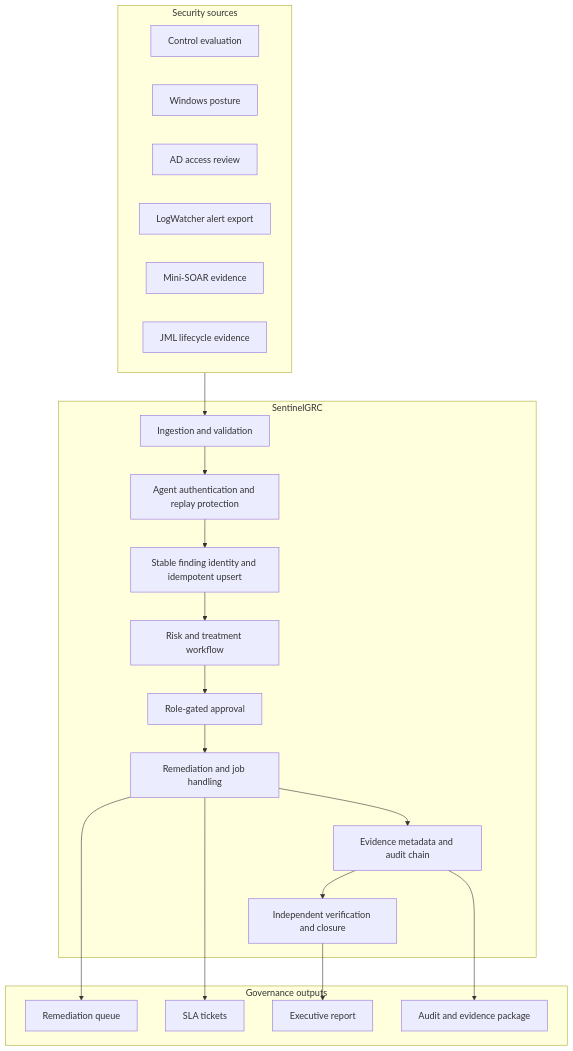
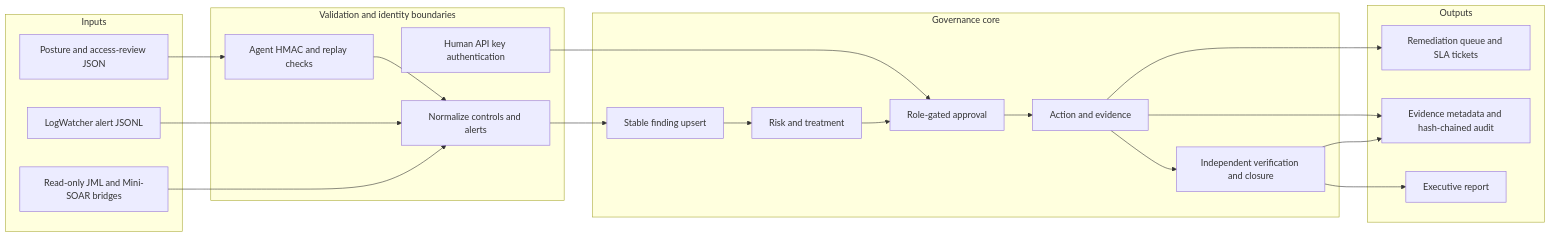
The first of 2 diagrams in README.md (SuriyaBoon/SentinelGRC), drawn with Mermaid before and after one commit. The commit also changed other lines of this file, not shown here.

Commit message:
docs: clarify concept validation and boundaries (#12)

````diff
--- a/README.md
+++ b/README.md
@@ -37,35 +21,38 @@
 ```mermaid
-flowchart TB
-    subgraph Sources["Security sources"]
-        S1["Control evaluation"]
-        S2["Windows posture"]
-        S3["AD access review"]
-        S4["LogWatcher alert export"]
-        S5["Mini-SOAR evidence"]
-        S6["JML lifecycle evidence"]
+flowchart LR
+    subgraph Inputs
+        P["Posture and access-review JSON"]
+        L["LogWatcher alert JSONL"]
+        B["Read-only JML and Mini-SOAR bridges"]
     end
 
-    subgraph Sentinel["SentinelGRC"]
-        I["Ingestion and validation"]
-        A["Agent authentication and replay protection"]
-        F["Stable finding identity and idempotent upsert"]
-        R["Risk and treatment workflow"]
-        P["Role-gated approval"]
-        W["Remediation and job handling"]
-        E["Evidence metadata and audit chain"]
+    subgraph TrustBoundaries["Validation and identity boundaries"]
+        A["Agent HMAC and replay checks"]
+        H["Human API key authentication"]
+        N["Normalize controls and alerts"]
+    end
+
+    subgraph Governance["Governance core"]
+        F["Stable finding upsert"]
+        R["Risk and treatment"]
+        G["Role-gated approval"]
+        W["Action and evidence"]
         V["Independent verification and closure"]
     end
 
-    subgraph Outputs["Governance outputs"]
-        O1["Remediation queue"]
-        O2["SLA tickets"]
-        O3["Executive report"]
-        O4["Audit and evidence package"]
+    subgraph Outputs
+        Q["Remediation queue and SLA tickets"]
+        E["Evidence metadata and hash-chained audit"]
+        O["Executive report"]
     end
 
-    Sources --> I --> A --> F --> R --> P --> W --> E --> V
-    W --> O1
-    W --> O2
-    V --> O3
-    E --> O4
+    P --> A --> N
+    L --> N
+    B --> N
+    H --> G
+    N --> F --> R --> G --> W --> V
+    W --> Q
+    W --> E
+    V --> O
+    V --> E
 ```
````
